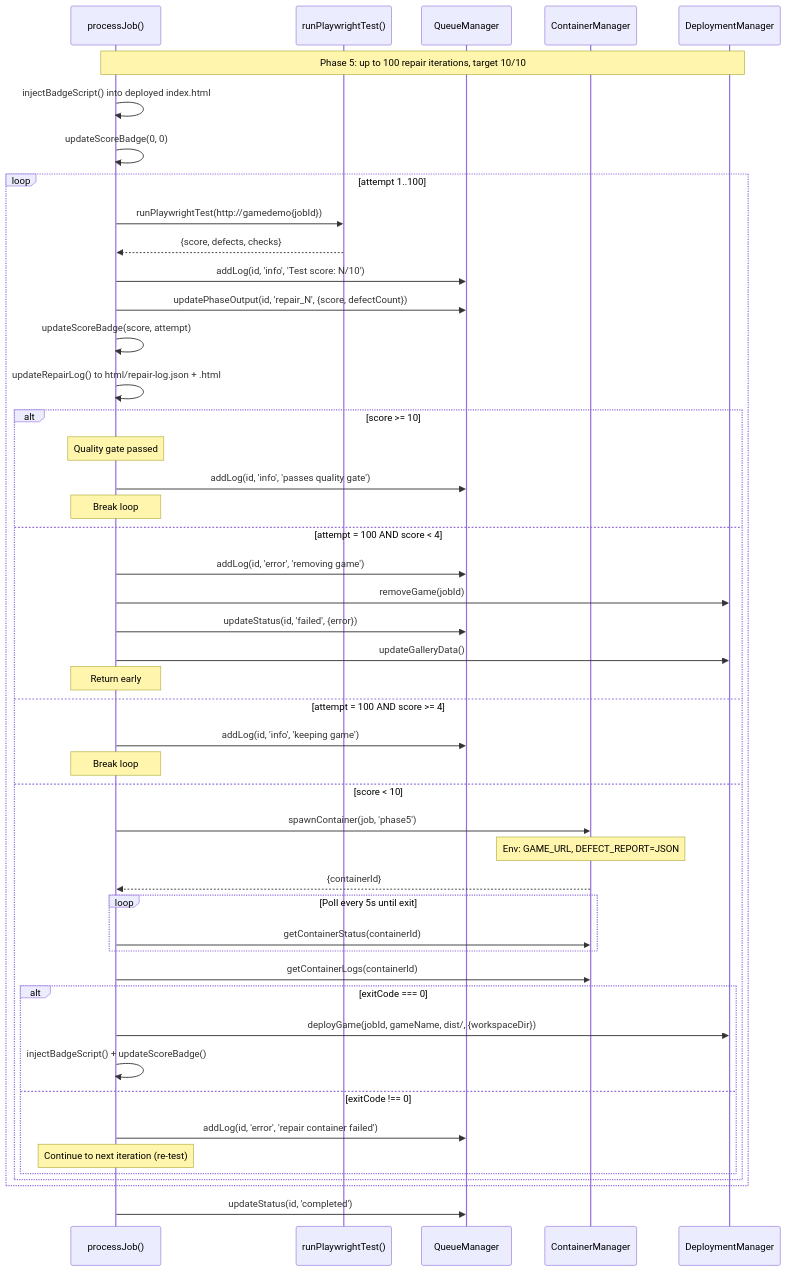
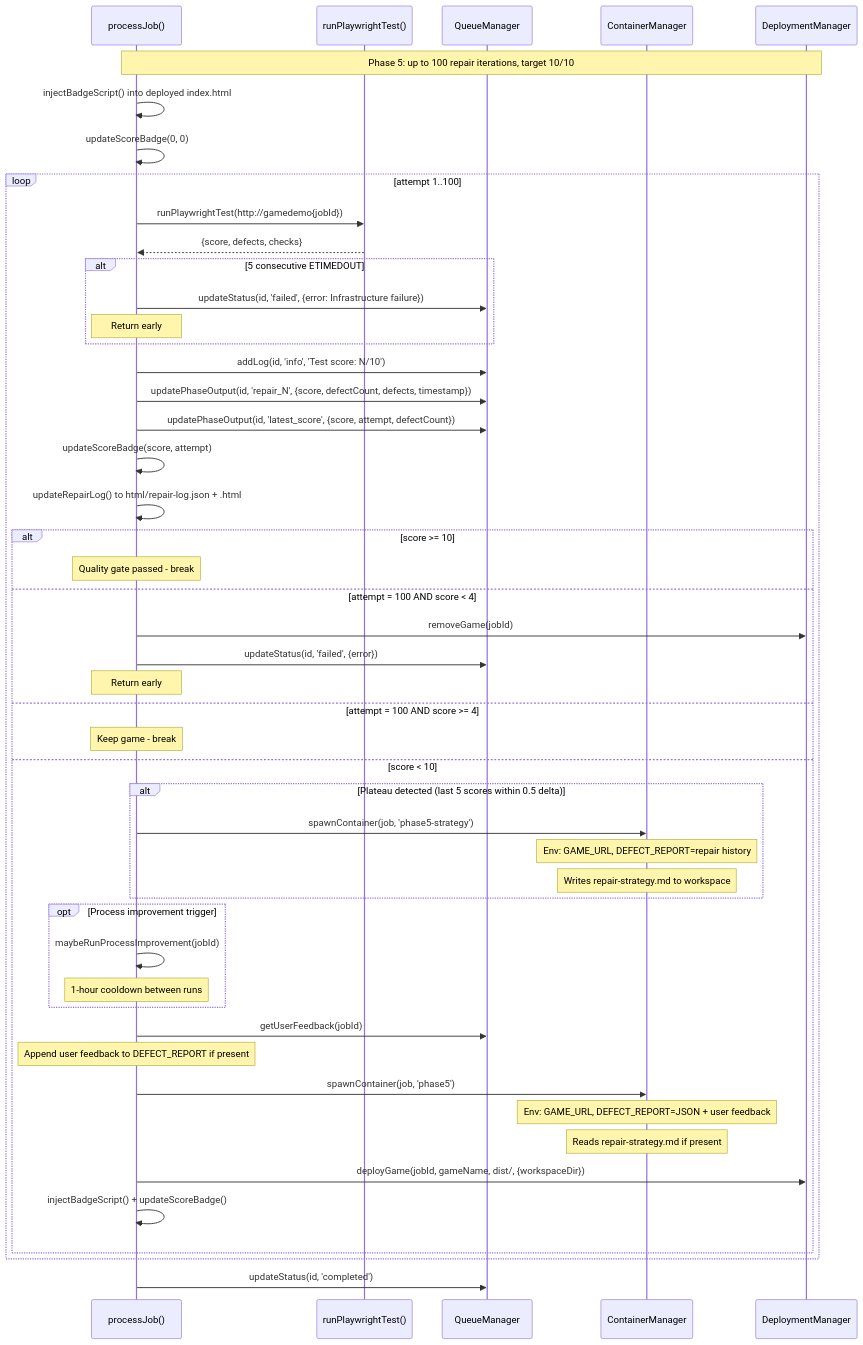
The fifth of 9 diagrams in AI/document/02-user-flows.md (J-Gierend/gamePocGen), drawn with Mermaid before and after one commit. The commit also changed other lines of this file and 5 other files, not shown here.

````diff
--- a/AI/document/02-user-flows.md
+++ b/AI/document/02-user-flows.md
@@ -153,57 +159,62 @@
 ```mermaid
 sequenceDiagram
     participant Backend as processJob()
     participant Tester as runPlaywrightTest()
     participant QM as QueueManager
     participant CM as ContainerManager
     participant DM as DeploymentManager
 
     Note over Backend,DM: Phase 5: up to 100 repair iterations, target 10/10
 
     Backend->>Backend: injectBadgeScript() into deployed index.html
     Backend->>Backend: updateScoreBadge(0, 0)
 
     loop attempt 1..100
         Backend->>Tester: runPlaywrightTest(http://gamedemo{jobId})
         Tester-->>Backend: {score, defects, checks}
+
+        alt 5 consecutive ETIMEDOUT
+            Backend->>QM: updateStatus(id, 'failed', {error: Infrastructure failure})
+            Note over Backend: Return early
+        end
+
         Backend->>QM: addLog(id, 'info', 'Test score: N/10')
-        Backend->>QM: updatePhaseOutput(id, 'repair_N', {score, defectCount})
+        Backend->>QM: updatePhaseOutput(id, 'repair_N', {score, defectCount, defects, timestamp})
+        Backend->>QM: updatePhaseOutput(id, 'latest_score', {score, attempt, defectCount})
         Backend->>Backend: updateScoreBadge(score, attempt)
         Backend->>Backend: updateRepairLog() to html/repair-log.json + .html
 
         alt score >= 10
-            Note over Backend: Quality gate passed
-            Backend->>QM: addLog(id, 'info', 'passes quality gate')
-            Note over Backend: Break loop
+            Note over Backend: Quality gate passed - break
         else attempt = 100 AND score < 4
-            Backend->>QM: addLog(id, 'error', 'removing game')
             Backend->>DM: removeGame(jobId)
             Backend->>QM: updateStatus(id, 'failed', {error})
-            Backend->>DM: updateGalleryData()
             Note over Backend: Return early
         else attempt = 100 AND score >= 4
-            Backend->>QM: addLog(id, 'info', 'keeping game')
-            Note over Backend: Break loop
+            Note over Backend: Keep game - break
         else score < 10
-            Backend->>CM: spawnContainer(job, 'phase5')
-            Note over CM: Env: GAME_URL, DEFECT_REPORT=JSON
-            CM-->>Backend: {containerId}
-
-            loop Poll every 5s until exit
-                Backend->>CM: getContainerStatus(containerId)
+            alt Plateau detected (last 5 scores within 0.5 delta)
+                Backend->>CM: spawnContainer(job, 'phase5-strategy')
+                Note over CM: Env: GAME_URL, DEFECT_REPORT=repair history
+                Note over CM: Writes repair-strategy.md to workspace
             end
 
-            Backend->>CM: getContainerLogs(containerId)
+            opt Process improvement trigger
+                Backend->>Backend: maybeRunProcessImprovement(jobId)
+                Note over Backend: 1-hour cooldown between runs
+            end
 
-            alt exitCode === 0
-                Backend->>DM: deployGame(jobId, gameName, dist/, {workspaceDir})
-                Backend->>Backend: injectBadgeScript() + updateScoreBadge()
-            else exitCode !== 0
-                Backend->>QM: addLog(id, 'error', 'repair container failed')
-                Note over Backend: Continue to next iteration (re-test)
-            end
+            Backend->>QM: getUserFeedback(jobId)
+            Note over Backend: Append user feedback to DEFECT_REPORT if present
+
+            Backend->>CM: spawnContainer(job, 'phase5')
+            Note over CM: Env: GAME_URL, DEFECT_REPORT=JSON + user feedback
+            Note over CM: Reads repair-strategy.md if present
+
+            Backend->>DM: deployGame(jobId, gameName, dist/, {workspaceDir})
+            Backend->>Backend: injectBadgeScript() + updateScoreBadge()
         end
     end
 
     Backend->>QM: updateStatus(id, 'completed')
 ```
````
